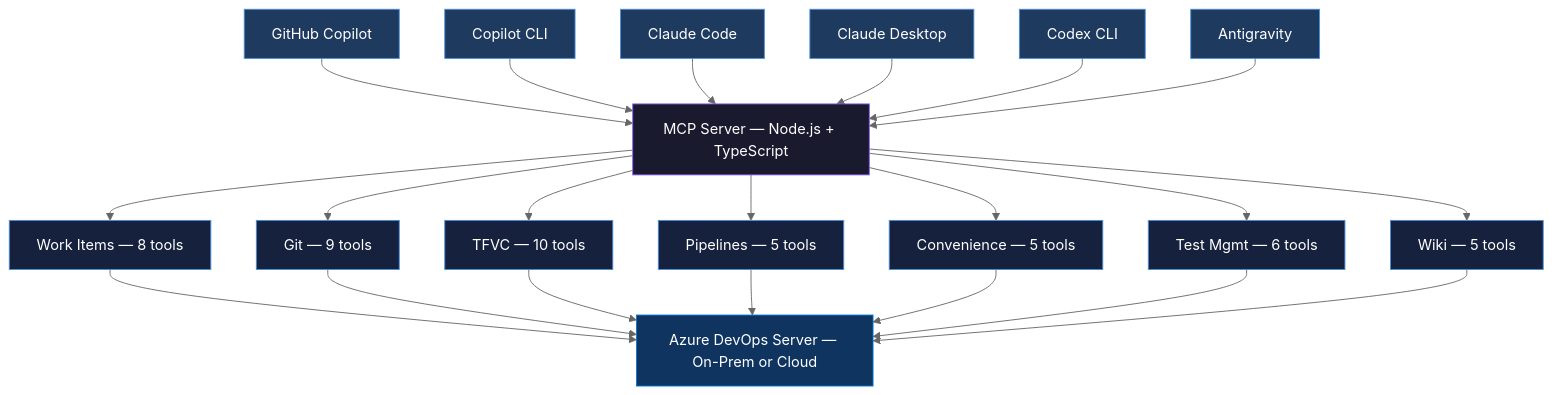
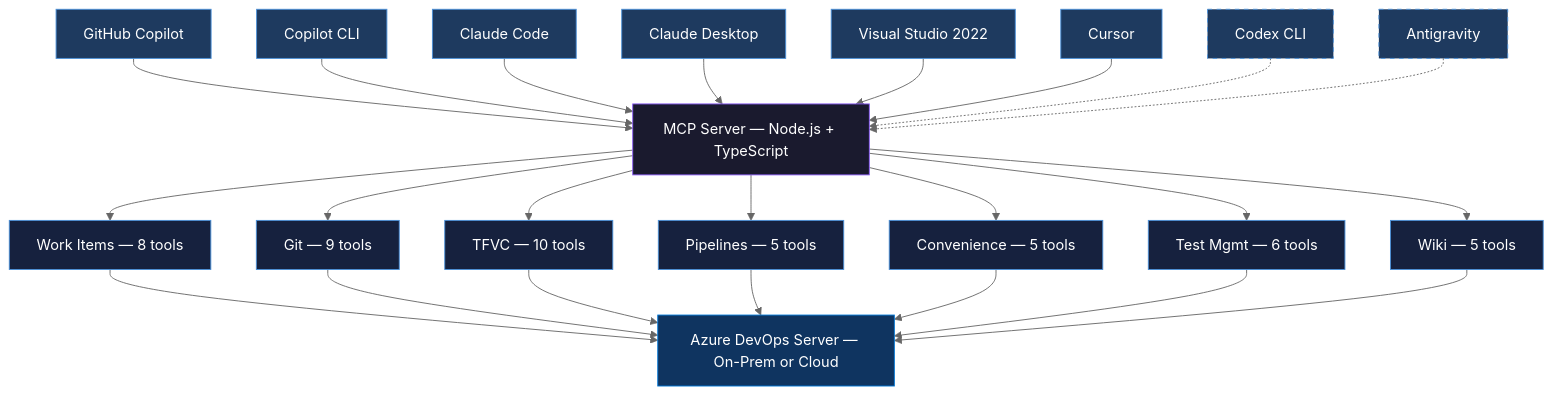
Before and after one commit to burcusipahioglu/azure-devops-mcp-onprem: the second of 3 diagrams in README.md, drawn with Mermaid (neutral theme). The commit also changed other lines of this file, not shown here.

````diff
--- a/README.md
+++ b/README.md
@@ -61,45 +70,49 @@
 ```mermaid
 graph TD
     GHC["GitHub Copilot"] --> MCP
     CLI["Copilot CLI"] --> MCP
     CC["Claude Code"] --> MCP
     CD["Claude Desktop"] --> MCP
-    CDX["Codex CLI"] --> MCP
-    AG["Antigravity"] --> MCP
+    VS["Visual Studio 2022"] --> MCP
+    CUR["Cursor"] --> MCP
+    CDX["Codex CLI"] -.-> MCP
+    AG["Antigravity"] -.-> MCP
 
     MCP["MCP Server — Node.js + TypeScript"]
 
     MCP --> WI["Work Items — 8 tools"]
     MCP --> GIT["Git — 9 tools"]
     MCP --> TFVC["TFVC — 10 tools"]
     MCP --> PIPE["Pipelines — 5 tools"]
     MCP --> CONV["Convenience — 5 tools"]
     MCP --> TEST["Test Mgmt — 6 tools"]
     MCP --> WIKI["Wiki — 5 tools"]
 
     WI --> ADS
     GIT --> ADS
     TFVC --> ADS
     PIPE --> ADS
     CONV --> ADS
     TEST --> ADS
     WIKI --> ADS
 
     ADS["Azure DevOps Server — On-Prem or Cloud"]
 
     style GHC fill:#1e3a5f,stroke:#4a90d9,color:#fff
     style CLI fill:#1e3a5f,stroke:#4a90d9,color:#fff
     style CC fill:#1e3a5f,stroke:#4a90d9,color:#fff
     style CD fill:#1e3a5f,stroke:#4a90d9,color:#fff
-    style CDX fill:#1e3a5f,stroke:#4a90d9,color:#fff
-    style AG fill:#1e3a5f,stroke:#4a90d9,color:#fff
+    style VS fill:#1e3a5f,stroke:#4a90d9,color:#fff
+    style CUR fill:#1e3a5f,stroke:#4a90d9,color:#fff
+    style CDX fill:#1e3a5f,stroke:#4a90d9,color:#fff,stroke-dasharray: 5 5
+    style AG fill:#1e3a5f,stroke:#4a90d9,color:#fff,stroke-dasharray: 5 5
     style MCP fill:#1a1a2e,stroke:#8B5CF6,color:#fff
     style WI fill:#16213e,stroke:#4a90d9,color:#fff
     style GIT fill:#16213e,stroke:#4a90d9,color:#fff
     style TFVC fill:#16213e,stroke:#4a90d9,color:#fff
     style PIPE fill:#16213e,stroke:#4a90d9,color:#fff
     style CONV fill:#16213e,stroke:#4a90d9,color:#fff
     style TEST fill:#16213e,stroke:#4a90d9,color:#fff
     style WIKI fill:#16213e,stroke:#4a90d9,color:#fff
     style ADS fill:#0f3460,stroke:#0078D7,color:#fff
 ```
````
